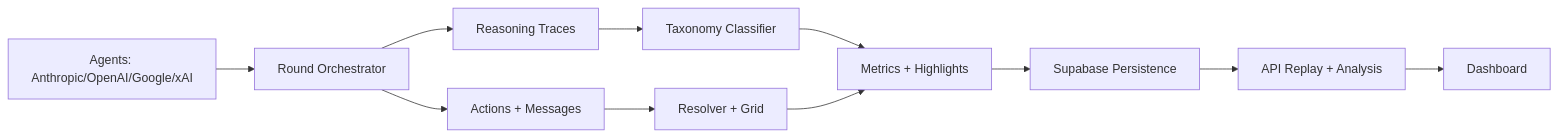
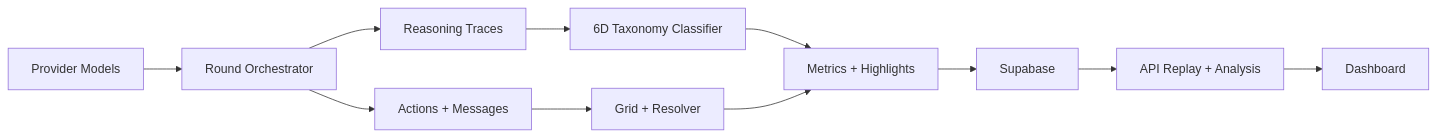
One commit to srivastavanik/darwin changed the first of 3 diagrams in README.md. Above: the diagram before and after it, drawn with Mermaid. The commit also changed other lines of this file, not shown here.

Commit message:
Refresh README with current findings, diagrams, and darwin.sh access.

````diff
--- a/README.md
+++ b/README.md
@@ -146,13 +19,13 @@
 ```mermaid
 flowchart LR
-  A[Agents: Anthropic/OpenAI/Google/xAI] --> B[Round Orchestrator]
+  A[Provider Models] --> B[Round Orchestrator]
   B --> C[Reasoning Traces]
   B --> D[Actions + Messages]
-  C --> E[Taxonomy Classifier]
-  D --> F[Resolver + Grid]
+  C --> E[6D Taxonomy Classifier]
+  D --> F[Grid + Resolver]
   E --> G[Metrics + Highlights]
   F --> G
-  G --> H[Supabase Persistence]
+  G --> H[Supabase]
   H --> I[API Replay + Analysis]
   I --> J[Dashboard]
 ```
````
